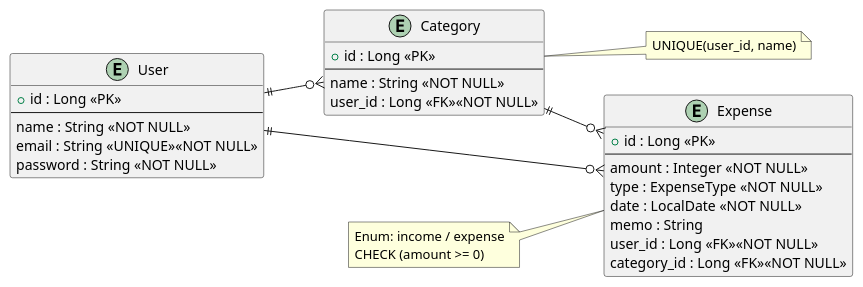
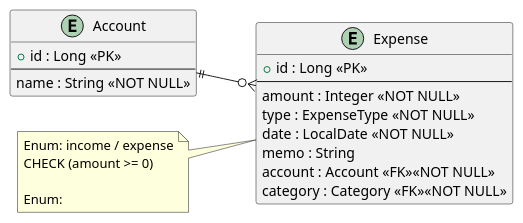
Before and after one commit to sgupge2524/expense-tracker: the diagram in expense-tracker/docs/diagram/er_diagram.puml, drawn with PlantUML. The commit also changed 10 other files, not shown here.

```diff
--- a/expense-tracker/docs/diagram/er_diagram.puml
+++ b/expense-tracker/docs/diagram/er_diagram.puml
@@ -1,44 +1,32 @@
 @startuml
 left to right direction
 
-entity User {
+entity Account {
   +id : Long <<PK>>
   --
   name : String <<NOT NULL>>
-  email : String <<UNIQUE>><<NOT NULL>>
-  password : String <<NOT NULL>>
 }
 
-entity Category {
-  +id : Long <<PK>>
-  --
-  name : String <<NOT NULL>>
-  user_id : Long <<FK>><<NOT NULL>>
-}
-
-note right of Category
-UNIQUE(user_id, name)
-end note
 
 ' amountは必ず正の整数（Validationで制御）
 entity Expense {
   +id : Long <<PK>>
   --
   amount : Integer <<NOT NULL>>
   type : ExpenseType <<NOT NULL>> 
   date : LocalDate <<NOT NULL>>
   memo : String 
-  user_id : Long <<FK>><<NOT NULL>>
-  category_id : Long <<FK>><<NOT NULL>>
+  account : Account <<FK>><<NOT NULL>>
+  category : Category <<FK>><<NOT NULL>>
 }
 
 note left of Expense
 Enum: income / expense
 CHECK (amount >= 0)
+
+Enum: 
 end note
 
-User ||--o{ Category
-User ||--o{ Expense
-Category ||--o{ Expense
+Account ||--o{ Expense
 
 @enduml
```
